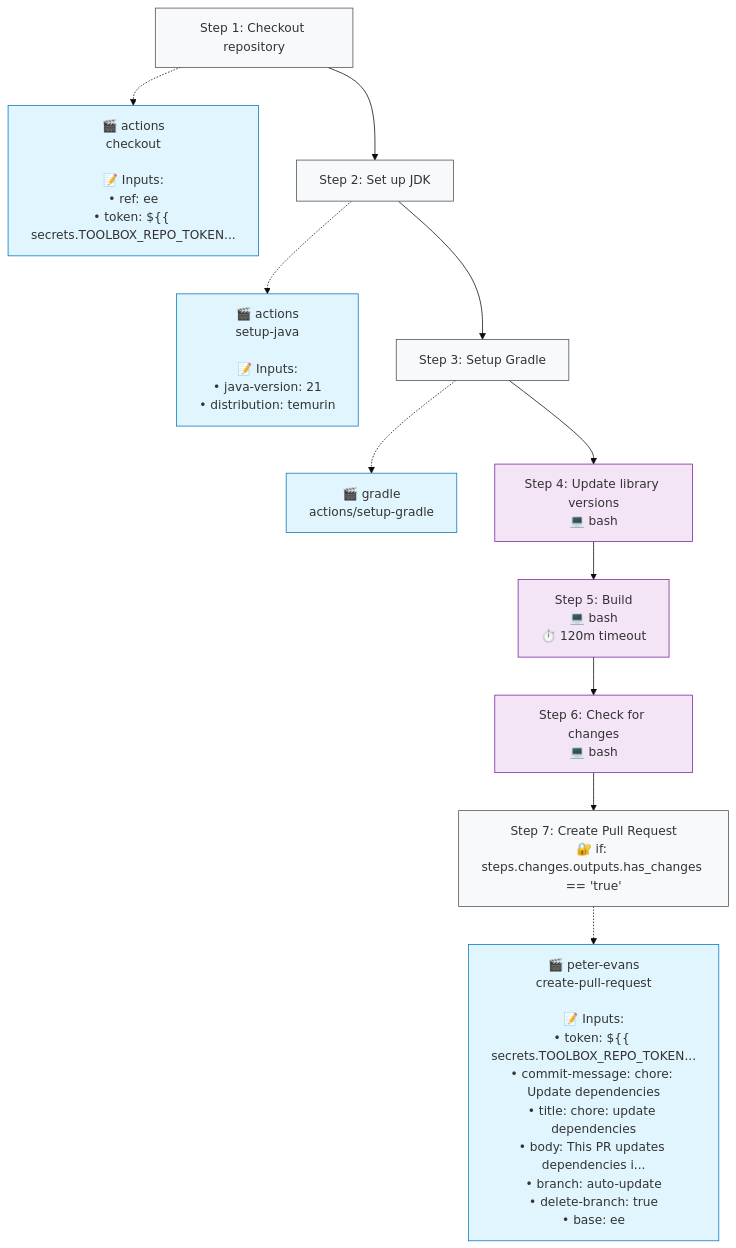
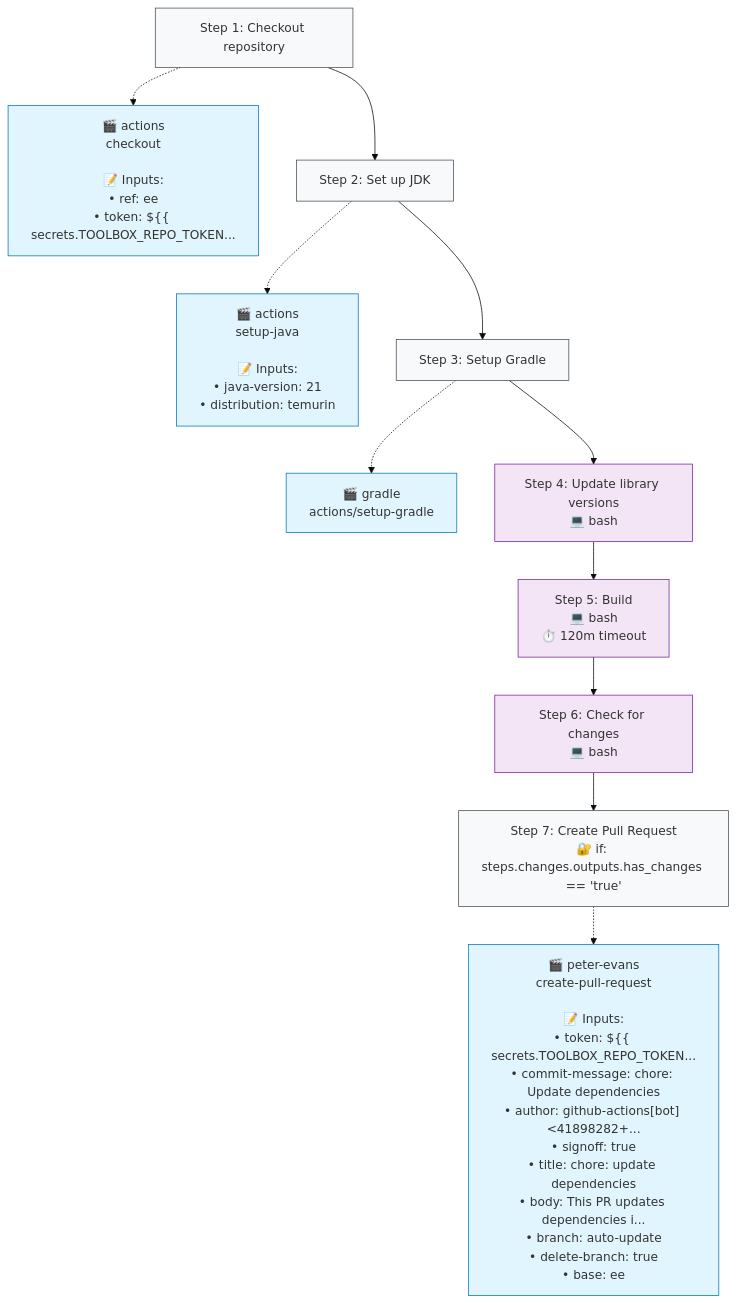
The second of 2 diagrams in .github/typeflows/update-dependencies/README.md (http4k/http4k), drawn with Mermaid (base theme) before and after one commit. The commit also changed 3 other files, not shown here.

````diff
--- a/.github/typeflows/update-dependencies/README.md
+++ b/.github/typeflows/update-dependencies/README.md
@@ -24,36 +24,36 @@
 ```mermaid
 %%{init: {"flowchart": {"curve": "basis"}}}%%
 flowchart TD
     step1["Step 1: Checkout repository"]
     style step1 fill:#f8f9fa,stroke:#495057
     action1["🎬 actions<br/>checkout<br/><br/>📝 Inputs:<br/>• ref: ee<br/>• token: ${{ secrets.TOOLBOX_REPO_TOKEN..."]
     style action1 fill:#e1f5fe,stroke:#0277bd
     step1 -.-> action1
     step2["Step 2: Set up JDK"]
     style step2 fill:#f8f9fa,stroke:#495057
     action2["🎬 actions<br/>setup-java<br/><br/>📝 Inputs:<br/>• java-version: 21<br/>• distribution: temurin"]
     style action2 fill:#e1f5fe,stroke:#0277bd
     step2 -.-> action2
     step1 --> step2
     step3["Step 3: Setup Gradle"]
     style step3 fill:#f8f9fa,stroke:#495057
     action3["🎬 gradle<br/>actions/setup-gradle"]
     style action3 fill:#e1f5fe,stroke:#0277bd
     step3 -.-> action3
     step2 --> step3
     step4["Step 4: Update library versions<br/>💻 bash"]
     style step4 fill:#f3e5f5,stroke:#7b1fa2
     step3 --> step4
     step5["Step 5: Build<br/>💻 bash<br/>⏱️ 120m timeout"]
     style step5 fill:#f3e5f5,stroke:#7b1fa2
     step4 --> step5
     step6["Step 6: Check for changes<br/>💻 bash"]
     style step6 fill:#f3e5f5,stroke:#7b1fa2
     step5 --> step6
     step7["Step 7: Create Pull Request<br/>🔐 if: steps.changes.outputs.has_changes == 'true'"]
     style step7 fill:#f8f9fa,stroke:#495057
-    action7["🎬 peter-evans<br/>create-pull-request<br/><br/>📝 Inputs:<br/>• token: ${{ secrets.TOOLBOX_REPO_TOKEN...<br/>• commit-message: chore: Update dependencies<br/>• title: chore: update dependencies<br/>• body: This PR updates dependencies i...<br/>• branch: auto-update<br/>• delete-branch: true<br/>• base: ee"]
+    action7["🎬 peter-evans<br/>create-pull-request<br/><br/>📝 Inputs:<br/>• token: ${{ secrets.TOOLBOX_REPO_TOKEN...<br/>• commit-message: chore: Update dependencies<br/>• author: github-actions[bot] <41898282+...<br/>• signoff: true<br/>• title: chore: update dependencies<br/>• body: This PR updates dependencies i...<br/>• branch: auto-update<br/>• delete-branch: true<br/>• base: ee"]
     style action7 fill:#e1f5fe,stroke:#0277bd
     step7 -.-> action7
     step6 --> step7
 ```
````
